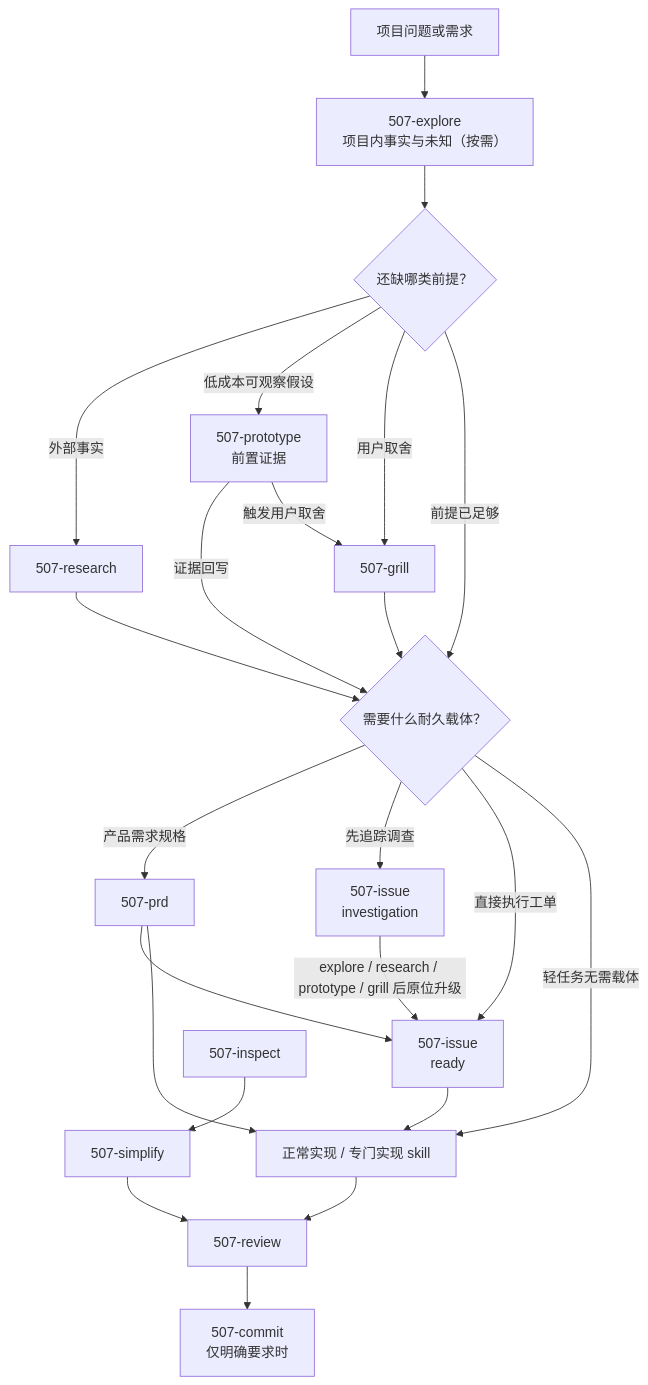
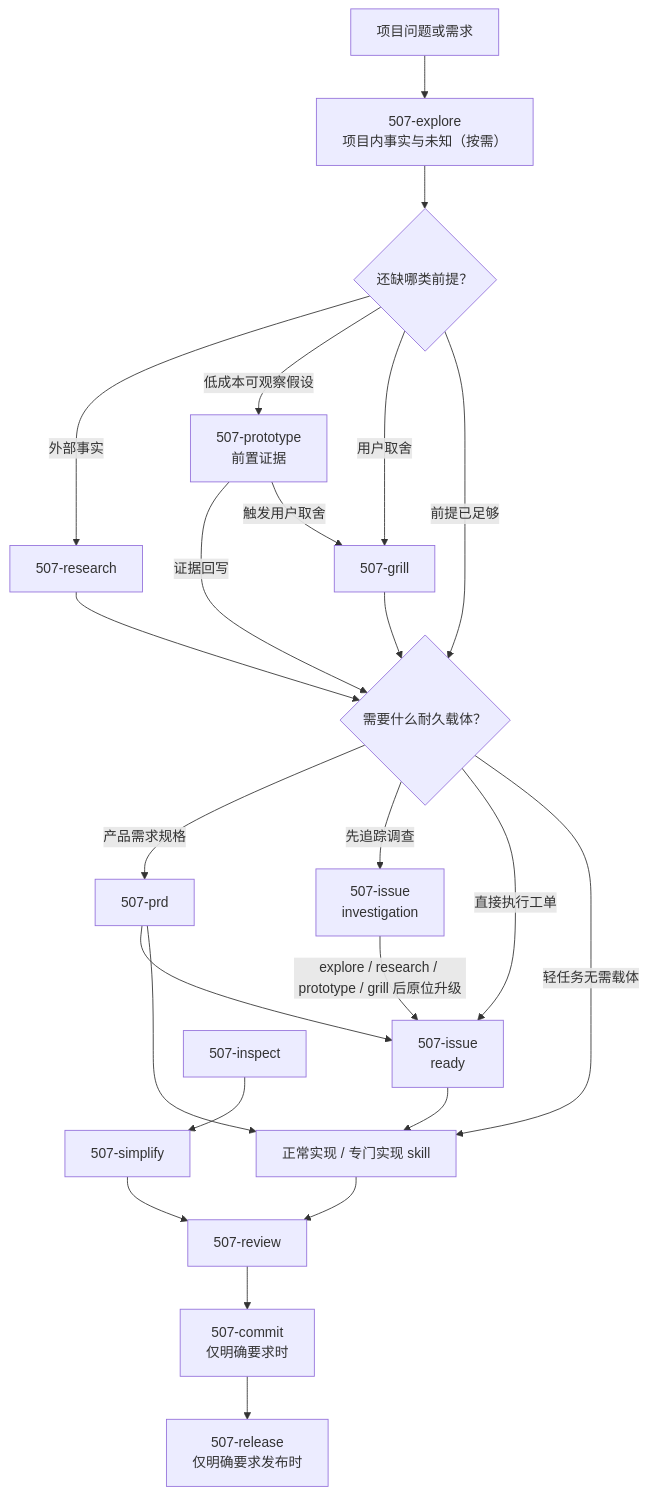
One commit to ssdiwu/507-skills changed the diagram in code/README.md. Above: the diagram before and after it, drawn with Mermaid. The commit also changed other lines of this file and 8 other files, not shown here.

First line of the commit message:
feat: 新增 507-release 对外发布 skill 并收缩 507-commit

````diff
--- a/code/README.md
+++ b/code/README.md
@@ -7,27 +7,28 @@
 ```mermaid
 flowchart TD
     problem["项目问题或需求"] --> explore["507-explore<br/>项目内事实与未知（按需）"]
     explore --> evidence{"还缺哪类前提？"}
     evidence -->|"外部事实"| research["507-research"]
     evidence -->|"低成本可观察假设"| prototype["507-prototype<br/>前置证据"]
     evidence -->|"用户取舍"| grill["507-grill"]
     evidence -->|"前提已足够"| ready{"需要什么耐久载体？"}
     research --> ready
     prototype -->|"证据回写"| ready
     prototype -->|"触发用户取舍"| grill
     grill --> ready
 
     ready -->|"产品需求规格"| prd["507-prd"]
     ready -->|"先追踪调查"| investigation["507-issue<br/>investigation"]
     ready -->|"直接执行工单"| issue["507-issue<br/>ready"]
     ready -->|"轻任务无需载体"| implement["正常实现 / 专门实现 skill"]
     investigation -->|"explore / research / prototype / grill 后原位升级"| issue
     prd --> issue
     prd --> implement
     issue --> implement
 
     implement --> review["507-review"]
     review --> commit["507-commit<br/>仅明确要求时"]
+    commit --> release["507-release<br/>仅明确要求发布时"]
 
     inspect["507-inspect"] --> simplify["507-simplify"] --> review
 ```
````
